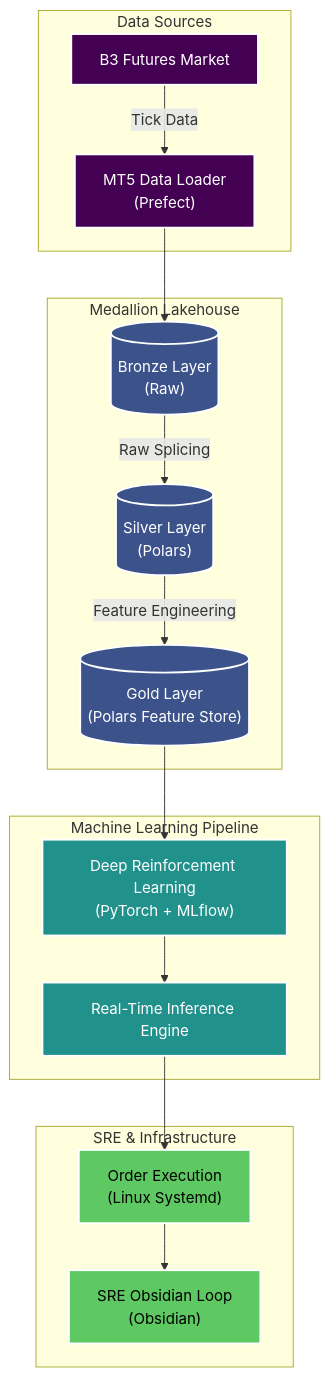
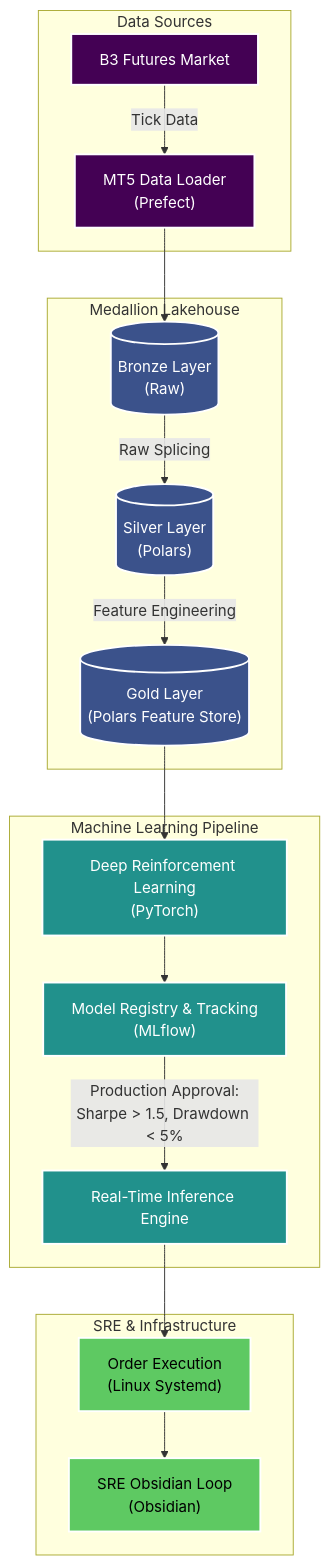
Before and after one commit to LucianoBritis/mlops-architecture-showcase: the diagram in README.md, drawn with Mermaid.

Commit message:
docs: Detail MLflow model registry and production approval criteria in Mermaid graph

````diff
--- a/README.md
+++ b/README.md
@@ -21,27 +21,28 @@
 ```mermaid
 graph TD
     classDef source fill:#440154,color:#fff,stroke:#fff,stroke-width:2px;
     classDef medallion fill:#3B528B,color:#fff,stroke:#fff,stroke-width:2px;
     classDef ml fill:#21918C,color:#fff,stroke:#fff,stroke-width:2px;
     classDef sre fill:#5EC962,color:#000,stroke:#fff,stroke-width:2px;
 
     subgraph Data Sources
         B3["B3 Futures Market"]:::source --> |Tick Data| Ingest["MT5 Data Loader<br>(Prefect)"]:::source
     end
 
     subgraph Medallion Lakehouse
         Ingest --> Bronze[("Bronze Layer<br>(Raw)")]:::medallion
         Bronze --> |Raw Splicing| Silver[("Silver Layer<br>(Polars)")]:::medallion
         Silver --> |Feature Engineering| Gold[("Gold Layer<br>(Polars Feature Store)")]:::medallion
     end
 
     subgraph Machine Learning Pipeline
-        Gold --> DRL["Deep Reinforcement Learning<br>(PyTorch + MLflow)"]:::ml
-        DRL --> Inference["Real-Time Inference Engine"]:::ml
+        Gold --> DRL["Deep Reinforcement Learning<br>(PyTorch)"]:::ml
+        DRL --> Registry["Model Registry & Tracking<br>(MLflow)"]:::ml
+        Registry --> |"Production Approval:<br>Sharpe > 1.5, Drawdown < 5%"| Inference["Real-Time Inference Engine"]:::ml
     end
 
     subgraph SRE & Infrastructure
         Inference --> Exec["Order Execution<br>(Linux Systemd)"]:::sre
         Exec --> Monitor["SRE Obsidian Loop<br>(Obsidian)"]:::sre
     end
 ```
````
